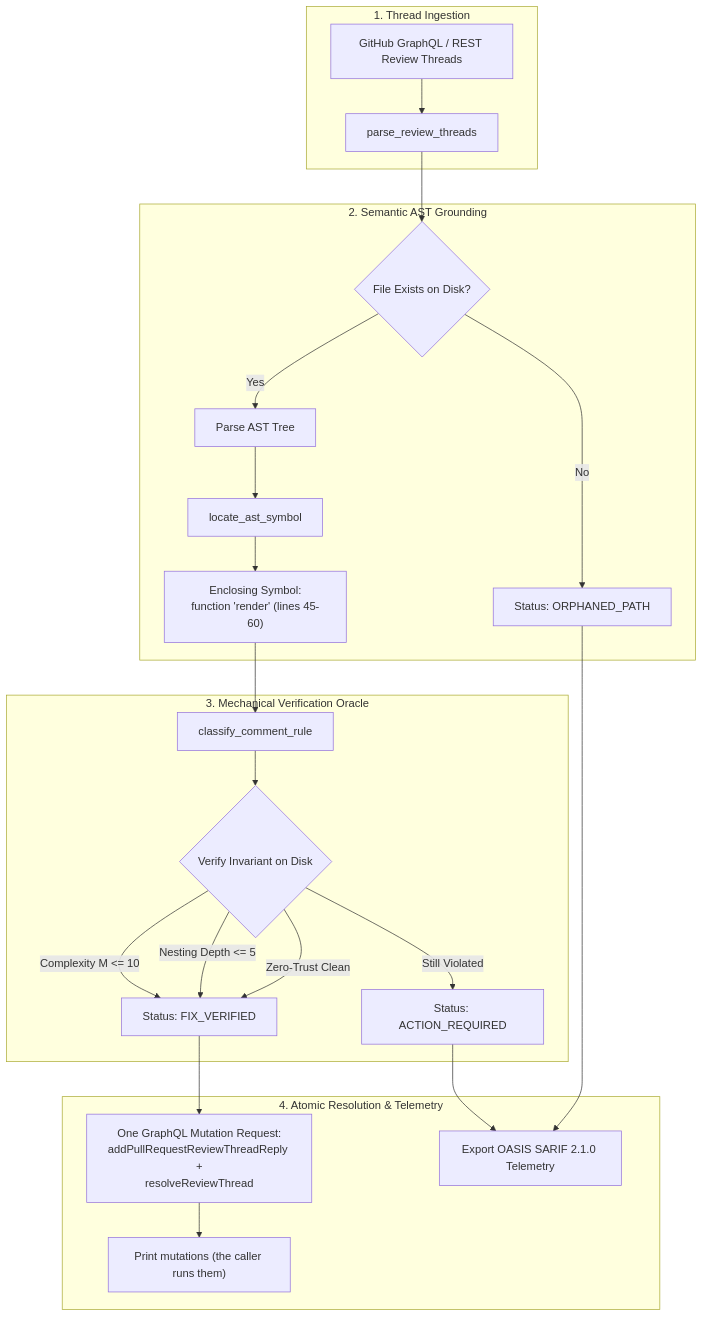
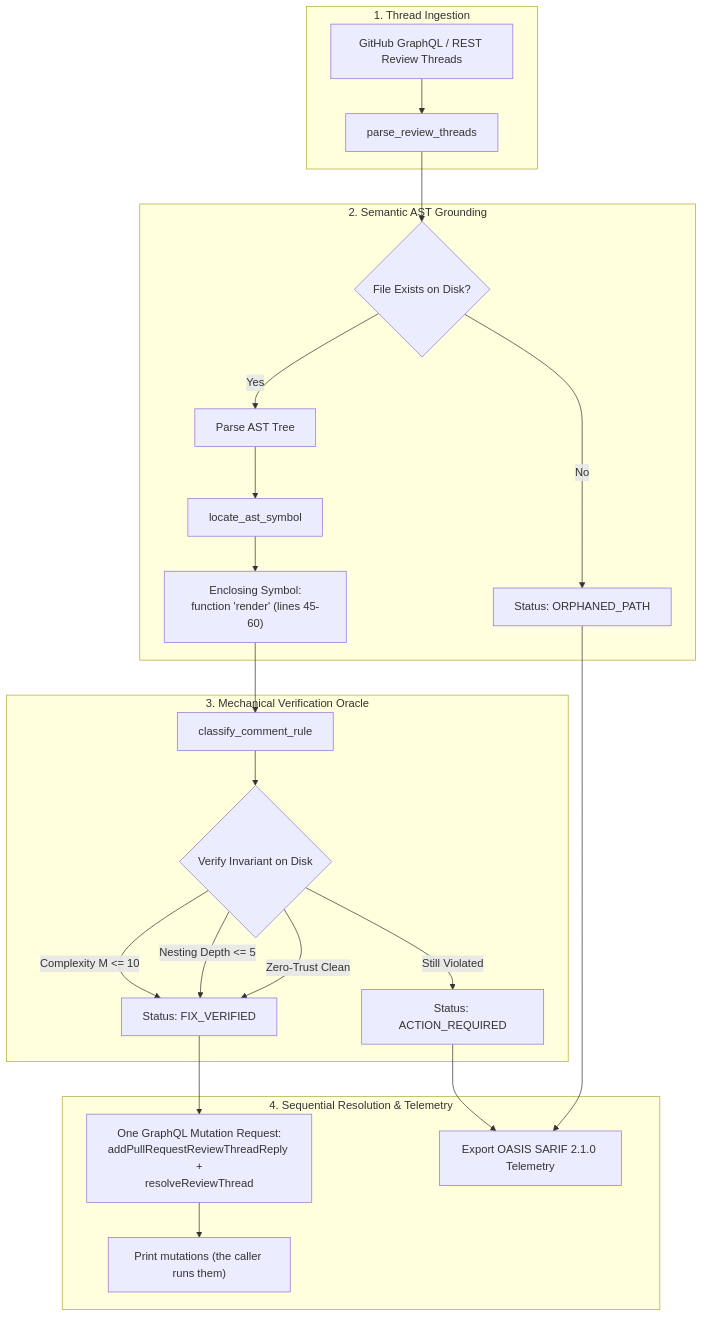
Before and after one commit to dan-petty/vibes: the diagram in patterns/closed-loop-pr-review-thread-synchronization.md, drawn with Mermaid. The commit also changed other lines of this file and 6 other files, not shown here.

````diff
--- a/patterns/closed-loop-pr-review-thread-synchronization.md
+++ b/patterns/closed-loop-pr-review-thread-synchronization.md
@@ -28,30 +28,30 @@
 ```mermaid
 flowchart TD
     subgraph Ingestion ["1. Thread Ingestion"]
         GH[GitHub GraphQL / REST Review Threads] --> Deser[parse_review_threads]
     end
 
     subgraph Grounding ["2. Semantic AST Grounding"]
         Deser --> PathCheck{File Exists on Disk?}
         PathCheck -->|No| Orphan[Status: ORPHANED_PATH]
         PathCheck -->|Yes| ParseTree[Parse AST Tree]
         ParseTree --> Locate[locate_ast_symbol]
         Locate --> Sym["Enclosing Symbol:\nfunction 'render' (lines 45-60)"]
     end
 
     subgraph Verification ["3. Mechanical Verification Oracle"]
         Sym --> Classify[classify_comment_rule]
         Classify --> Oracle{Verify Invariant on Disk}
         Oracle -->|"Complexity M <= 10"| Clean[Status: FIX_VERIFIED]
         Oracle -->|"Nesting Depth <= 5"| Clean
         Oracle -->|"Zero-Trust Clean"| Clean
         Oracle -->|"Still Violated"| Action[Status: ACTION_REQUIRED]
     end
 
-    subgraph Resolution ["4. Atomic Resolution & Telemetry"]
+    subgraph Resolution ["4. Sequential Resolution & Telemetry"]
         Clean --> Mutation["One GraphQL Mutation Request:\naddPullRequestReviewThreadReply +\nresolveReviewThread"]
         Action --> SARIF["Export OASIS SARIF 2.1.0 Telemetry"]
         Orphan --> SARIF
         Mutation --> Exec["Print mutations (the caller runs them)"]
     end
 ```
````
